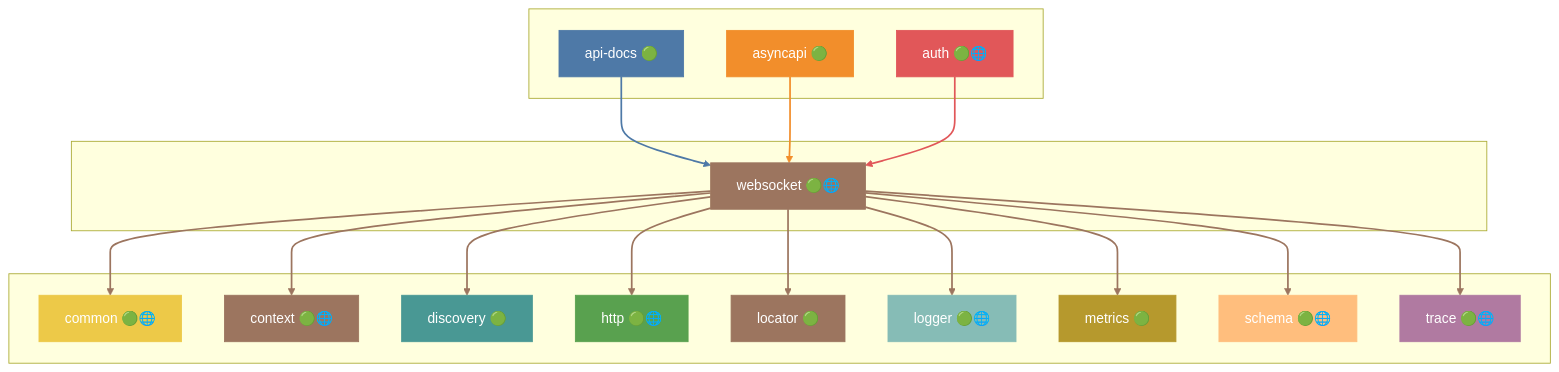
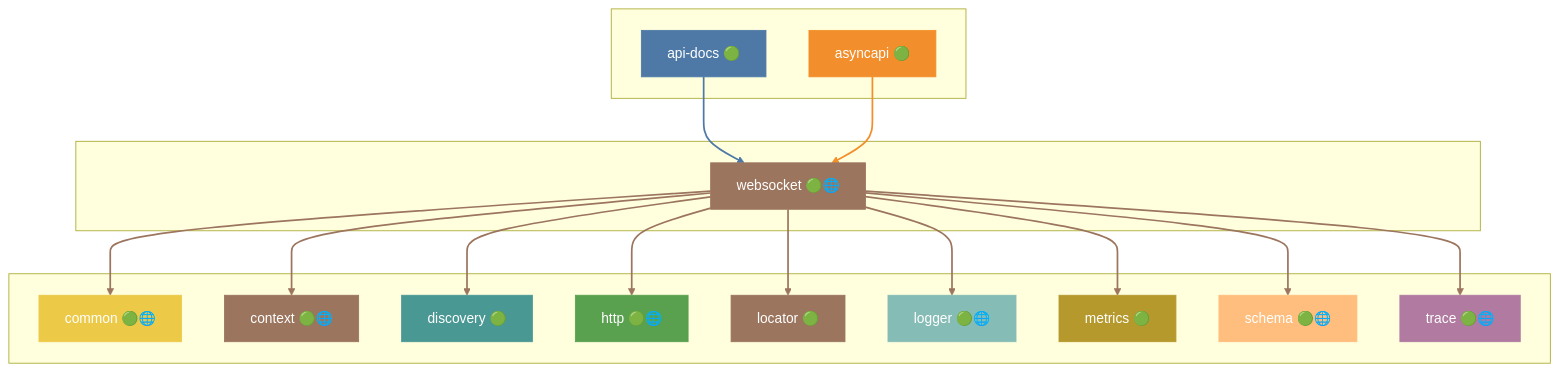
One commit to grest-ts/grest-ts changed diagram 46 of 46 in docs/DEPENDENCIES.md. Above: the diagram before and after it, drawn with Mermaid. The commit also changed other lines of this file and 15 other files, not shown here.

First line of the commit message:
Update docs to unified middleware API; refresh dependency graph

````diff
--- a/docs/DEPENDENCIES.md
+++ b/docs/DEPENDENCIES.md
@@ -2103,59 +2117,55 @@
 ```mermaid
 flowchart TB
     subgraph Dependents[" "]
         api-docs["api-docs 🟢"]
         asyncapi["asyncapi 🟢"]
-        auth["auth 🟢🌐"]
     end
     subgraph Package[" "]
         websocket["websocket 🟢🌐"]
     end
     subgraph Dependencies[" "]
         common["common 🟢🌐"]
         context["context 🟢🌐"]
         discovery["discovery 🟢"]
         http["http 🟢🌐"]
         locator["locator 🟢"]
         logger["logger 🟢🌐"]
         metrics["metrics 🟢"]
         schema["schema 🟢🌐"]
         trace["trace 🟢🌐"]
     end
     api-docs --> websocket
     asyncapi --> websocket
-    auth --> websocket
     websocket --> common
     websocket --> context
     websocket --> discovery
     websocket --> http
     websocket --> locator
     websocket --> logger
     websocket --> metrics
     websocket --> schema
     websocket --> trace
     style websocket fill:#9C755F,stroke:#9C755F,color:#fff
     style api-docs fill:#4E79A7,stroke:#4E79A7,color:#fff
     style asyncapi fill:#F28E2B,stroke:#F28E2B,color:#fff
-    style auth fill:#E15759,stroke:#E15759,color:#fff
     style common fill:#EDC948,stroke:#EDC948,color:#fff
     style context fill:#9C755F,stroke:#9C755F,color:#fff
     style discovery fill:#499894,stroke:#499894,color:#fff
     style http fill:#59A14F,stroke:#59A14F,color:#fff
     style locator fill:#9C755F,stroke:#9C755F,color:#fff
     style logger fill:#86BCB6,stroke:#86BCB6,color:#fff
     style metrics fill:#B6992D,stroke:#B6992D,color:#fff
     style schema fill:#FFBE7D,stroke:#FFBE7D,color:#fff
     style trace fill:#B07AA1,stroke:#B07AA1,color:#fff
     linkStyle 0 stroke:#4E79A7,stroke-width:2px
     linkStyle 1 stroke:#F28E2B,stroke-width:2px
-    linkStyle 2 stroke:#E15759,stroke-width:2px
+    linkStyle 2 stroke:#9C755F,stroke-width:2px
     linkStyle 3 stroke:#9C755F,stroke-width:2px
     linkStyle 4 stroke:#9C755F,stroke-width:2px
     linkStyle 5 stroke:#9C755F,stroke-width:2px
     linkStyle 6 stroke:#9C755F,stroke-width:2px
     linkStyle 7 stroke:#9C755F,stroke-width:2px
     linkStyle 8 stroke:#9C755F,stroke-width:2px
     linkStyle 9 stroke:#9C755F,stroke-width:2px
     linkStyle 10 stroke:#9C755F,stroke-width:2px
-    linkStyle 11 stroke:#9C755F,stroke-width:2px
 ```
````
